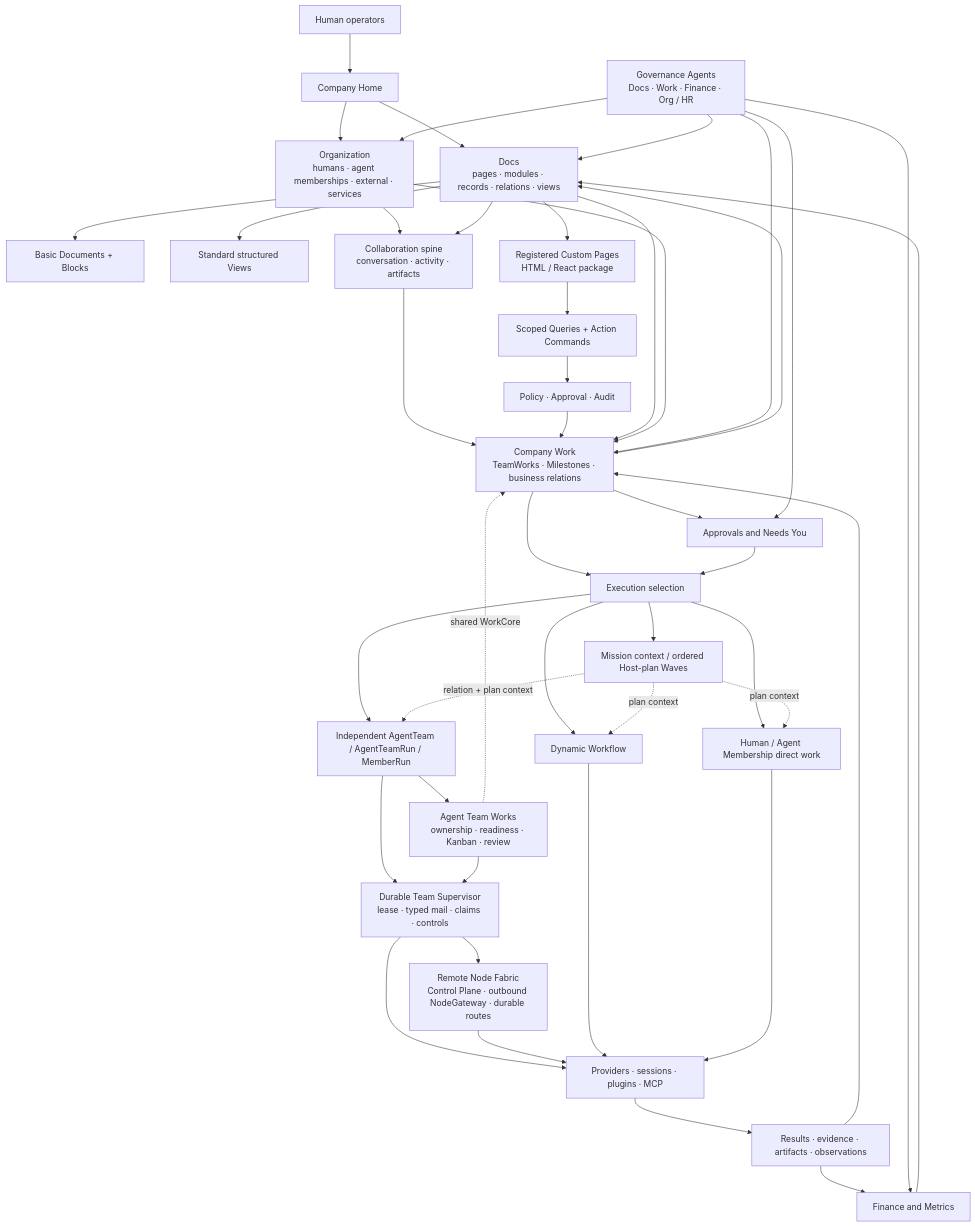
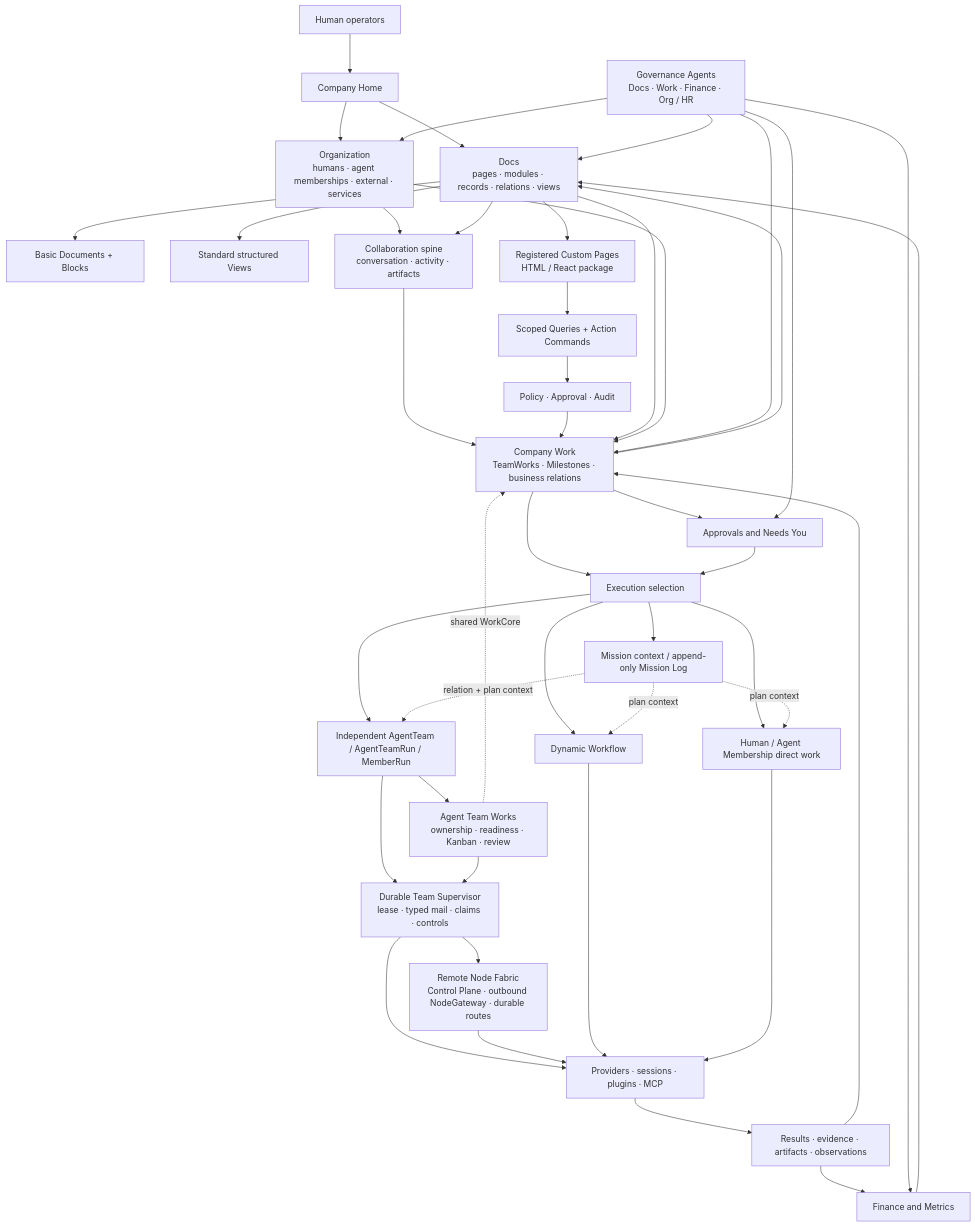
The diagram in docs/current/architecture/architecture-map.md (cyl19970726/multi-agent-harness), drawn with Mermaid before and after one commit. The commit also changed other lines of this file and 127 other files, not shown here.

````diff
--- a/docs/current/architecture/architecture-map.md
+++ b/docs/current/architecture/architecture-map.md
@@ -8,71 +8,71 @@
 ```mermaid
 flowchart TB
   Human["Human operators"]
   Home["Company Home"]
   Docs["Docs\npages · modules · records · relations · views"]
   Blocks["Basic Documents + Blocks"]
   Views["Standard structured Views"]
   Custom["Registered Custom Pages\nHTML / React package"]
   Actions["Scoped Queries + Action Commands"]
   Policy["Policy · Approval · Audit"]
   Org["Organization\nhumans · agent memberships · external · services"]
   Collab["Collaboration spine\nconversation · activity · artifacts"]
   TeamWork["Agent Team Works\nownership · readiness · Kanban · review"]
   Work["Company Work\nTeamWorks · Milestones · business relations"]
   Approval["Approvals and Needs You"]
   Gov["Governance Agents\nDocs · Work · Finance · Org / HR"]
   Finance["Finance and Metrics"]
   Exec["Execution selection"]
-  Mission["Mission context / ordered Host-plan Waves"]
+  Mission["Mission context / append-only Mission Log"]
   Team["Independent AgentTeam / AgentTeamRun / MemberRun"]
   Supervisor["Durable Team Supervisor\nlease · typed mail · claims · controls"]
   Workflow["Dynamic Workflow"]
   Direct["Human / Agent Membership direct work"]
   Runtime["Providers · sessions · plugins · MCP"]
   Fabric["Remote Node Fabric\nControl Plane · outbound NodeGateway · durable routes"]
   Result["Results · evidence · artifacts · observations"]
 
   Human --> Home
   Home --> Docs
   Home --> Org
   Org --> Collab
   Docs --> Collab
   Collab --> Work
   Docs --> Blocks
   Docs --> Views
   Docs --> Custom
   Custom --> Actions
   Actions --> Policy
   Policy --> Work
   Docs --> Work
   Org --> Work
   Work --> Approval
   Work --> Exec
   Approval --> Exec
   Exec --> Mission
   Exec --> Team
   Exec --> Workflow
   Exec --> Direct
   Mission -.->|relation + plan context| Team
   Mission -.->|plan context| Workflow
   Mission -.->|plan context| Direct
   Team --> Supervisor
   Team --> TeamWork
   TeamWork --> Supervisor
   TeamWork -.->|shared WorkCore| Work
   Supervisor --> Runtime
   Supervisor --> Fabric
   Fabric --> Runtime
   Workflow --> Runtime
   Direct --> Runtime
   Runtime --> Result
   Result --> Work
   Work --> Docs
   Result --> Finance
   Finance --> Docs
   Gov --> Docs
   Gov --> Org
   Gov --> Work
   Gov --> Finance
   Gov --> Approval
 ```
````
